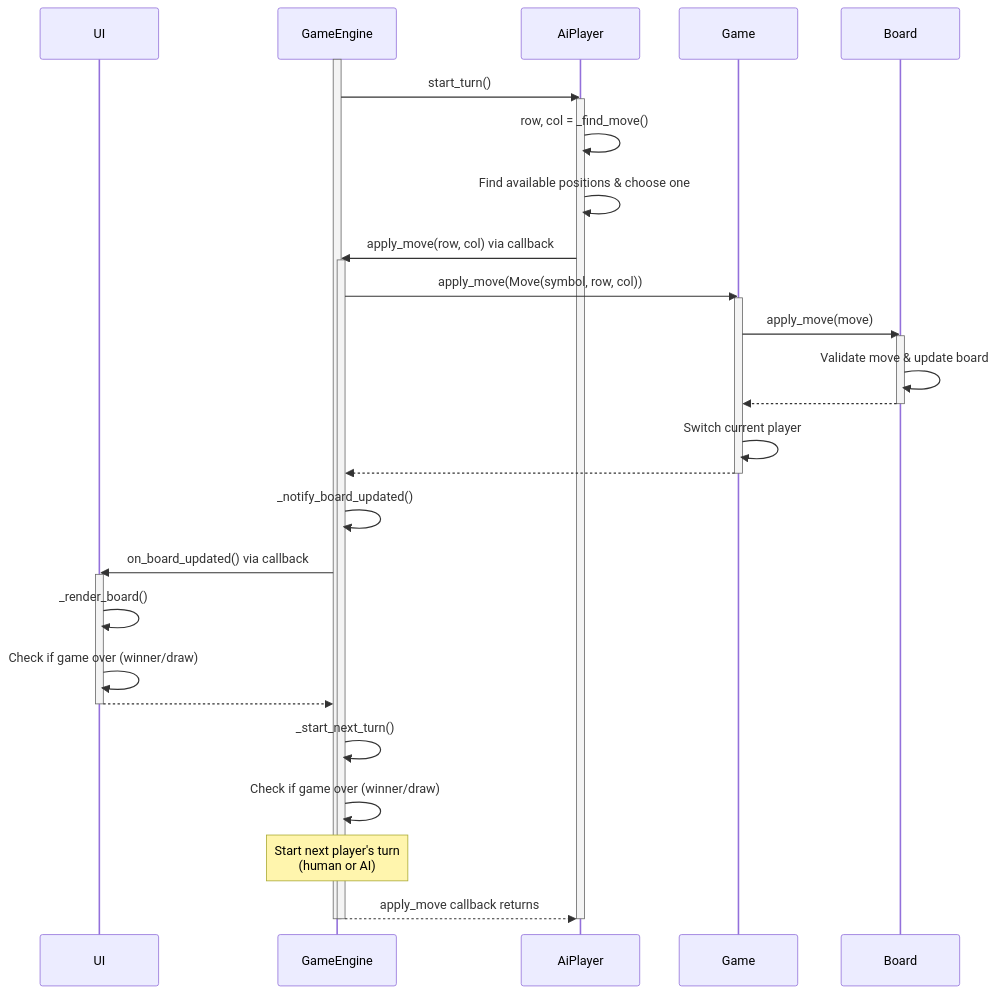
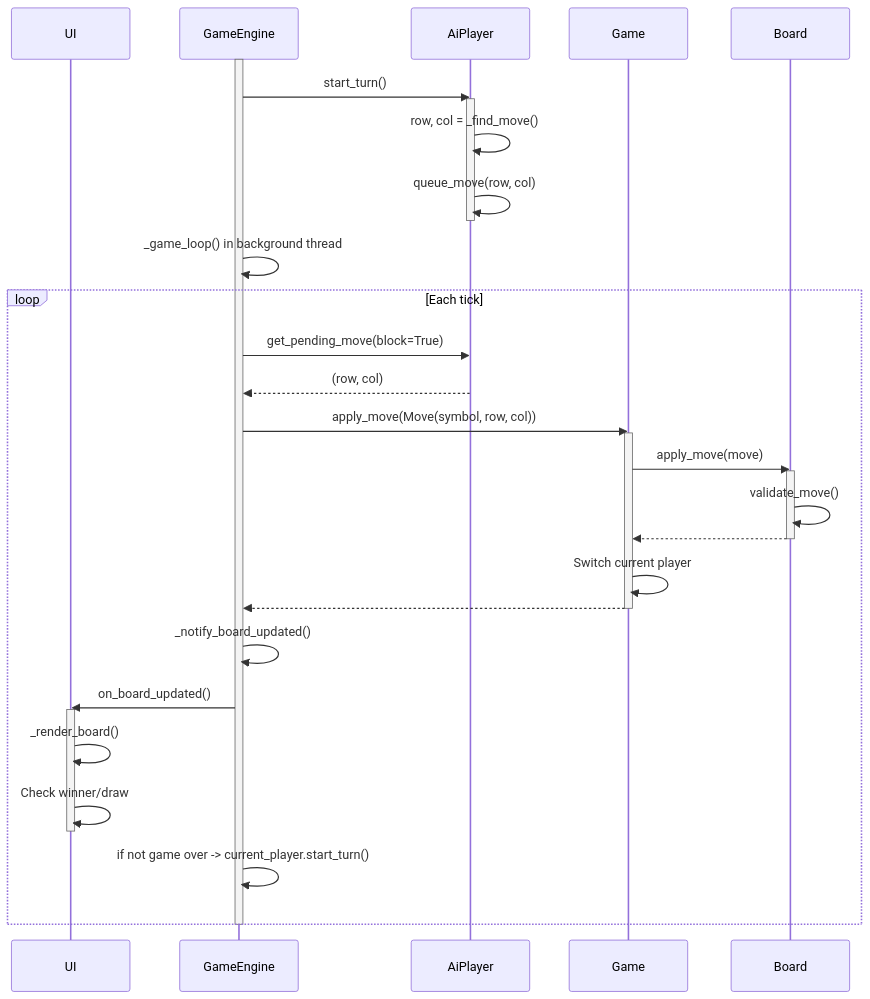
Before and after one commit to tgonzalez89/py_tic_tac_toe: the diagram in doc/player_ai.mmd, drawn with Mermaid. The commit also changed 8 other files, not shown here.

Commit message:
improve network local player, add test, update seq diagrams

```diff
--- a/doc/player_ai.mmd
+++ b/doc/player_ai.mmd
@@ -1,43 +1,39 @@
 sequenceDiagram
     participant UI as UI
     participant GE as GameEngine
     participant AiP as AiPlayer
     participant Game as Game
     participant Board as Board
 
     activate GE
     GE->>AiP: start_turn()
-
     activate AiP
     AiP->>AiP: row, col = _find_move()
-    AiP->>AiP: Find available positions & choose one
-    AiP->>GE: apply_move(row, col) via callback
+    AiP->>AiP: queue_move(row, col)
+    deactivate AiP
 
-    activate GE
-    GE->>Game: apply_move(Move(symbol, row, col))
-    activate Game
-    Game->>Board: apply_move(move)
-    activate Board
-    Board->>Board: Validate move & update board
-    Board-->>Game:
-    deactivate Board
-    Game->>Game: Switch current player
-    Game-->>GE:
-    deactivate Game
+    GE->>GE: _game_loop() in background thread
+    loop Each tick
+        GE->>AiP: get_pending_move(block=True)
+        AiP-->>GE: (row, col)
+        GE->>Game: apply_move(Move(symbol, row, col))
+        activate Game
+        Game->>Board: apply_move(move)
+        activate Board
+        Board->>Board: validate_move()
+        Board-->>Game:
+        deactivate Board
+        Game->>Game: Switch current player
+        Game-->>GE:
+        deactivate Game
 
-    GE->>GE: _notify_board_updated()
-    GE->>UI: on_board_updated() via callback
-    activate UI
-    UI->>UI: _render_board()
-    UI->>UI: Check if game over (winner/draw)
-    UI-->>GE:
-    deactivate UI
+        GE->>GE: _notify_board_updated()
+        GE->>UI: on_board_updated()
+        activate UI
+        UI->>UI: _render_board()
+        UI->>UI: Check winner/draw
+        deactivate UI
 
-    GE->>GE: _start_next_turn()
-    GE->>GE: Check if game over (winner/draw)
-    note over GE: Start next player's turn<br>(human or AI)
-
-    GE-->>AiP: apply_move callback returns
+        GE->>GE: if not game over -> current_player.start_turn()
+    end
     deactivate GE
-    deactivate AiP
-    deactivate GE
```
